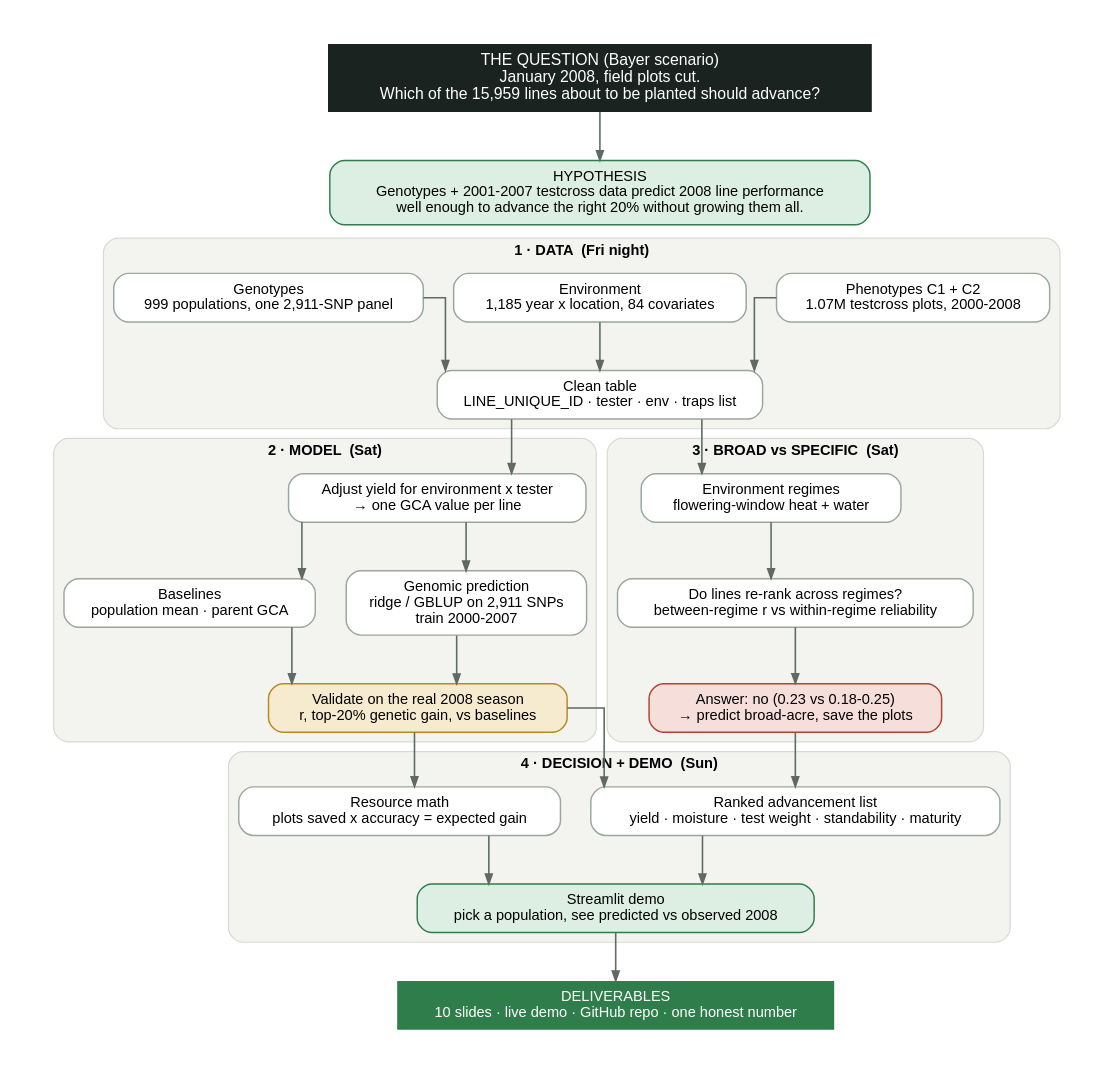
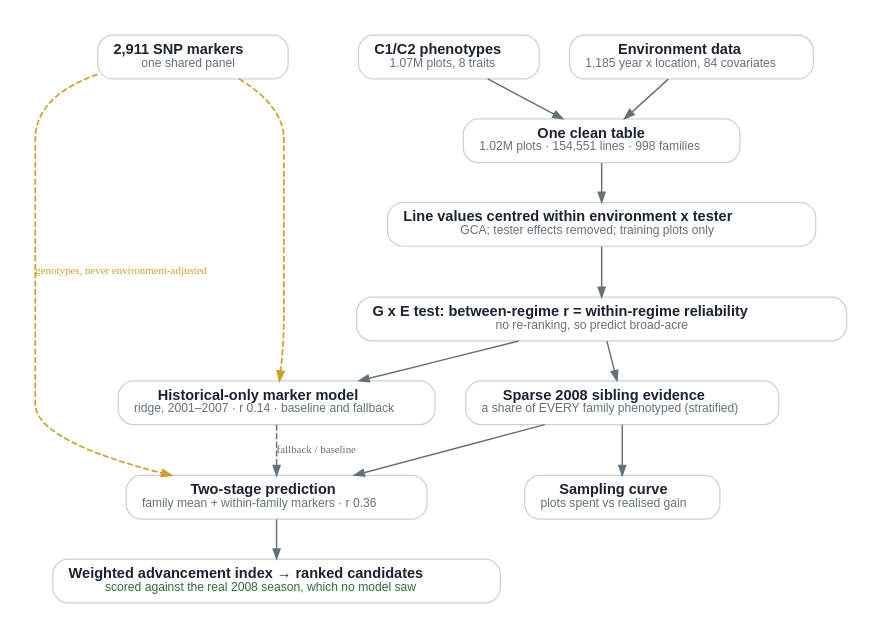
One commit to RushiLagad/breedforward-ai-ag-2026 changed the diagram in deck/workflow.dot. Above: the diagram before and after it, drawn with Graphviz. The commit also changed 32 other files, not shown here.

Commit message:
Review fixes: after-harvest framing, training-only centering, stratified sampling, yield trade-off recorded, demo matches Python, tests and CI

```diff
--- a/deck/workflow.dot
+++ b/deck/workflow.dot
@@ -1,52 +1,28 @@
+// BreedForward pipeline. Render: dot -Tpng -Gdpi=200 deck/workflow.dot -o deck/workflow.png
 digraph BreedForward {
-  graph [rankdir=TB, fontname="Helvetica", fontsize=13, bgcolor="white", pad=0.4, nodesep=0.35, ranksep=0.55, splines=ortho];
-  node  [shape=box, style="rounded,filled", fontname="Helvetica", fontsize=12, color="#9AA69E", fillcolor="white", penwidth=1.2, margin="0.18,0.10"];
-  edge  [color="#5F6A63", penwidth=1.3, arrowsize=0.8];
+  graph [rankdir=TB, fontname="Helvetica", bgcolor="white", pad=0.3, nodesep=0.35, ranksep=0.45, splines=spline];
+  node  [shape=box, style="rounded,filled", fontname="Helvetica", fontsize=12, color="#C9D2CC", fillcolor="white", fontcolor="#1B2230", margin="0.18,0.10"];
+  edge  [color="#64707A", arrowsize=0.8, penwidth=1.2];
 
-  Q [label="THE QUESTION (Bayer scenario)\nJanuary 2008, field plots cut.\nWhich of the 15,959 lines about to be planted should advance?", shape=box, style="filled", fillcolor="#1B2320", fontcolor="white", fontsize=13, penwidth=0];
-  H [label="HYPOTHESIS\nGenotypes + 2001-2007 testcross data predict 2008 line performance\nwell enough to advance the right 20% without growing them all.", fillcolor="#DCEFE2", color="#2F7D4B"];
+  ph  [label=<<b>C1/C2 phenotypes</b><br/><font point-size="10" color="#64707A">1.07M plots, 8 traits</font>>];
+  mk  [label=<<b>2,911 SNP markers</b><br/><font point-size="10" color="#64707A">one shared panel</font>>];
+  env [label=<<b>Environment data</b><br/><font point-size="10" color="#64707A">1,185 year x location, 84 covariates</font>>];
+  tab [label=<<b>One clean table</b><br/><font point-size="10" color="#64707A">1.02M plots · 154,551 lines · 998 families</font>>];
+  cen [label=<<b>Line values centred within environment x tester</b><br/><font point-size="10" color="#64707A">GCA; tester effects removed; training plots only</font>>];
+  gxe [label=<<b>G x E test: between-regime r = within-regime reliability</b><br/><font point-size="10" color="#64707A">no re-ranking, so predict broad-acre</font>>];
+  hist[label=<<b>Historical-only marker model</b><br/><font point-size="10" color="#64707A">ridge, 2001–2007 · r 0.14 · baseline and fallback</font>>];
+  sib [label=<<b>Sparse 2008 sibling evidence</b><br/><font point-size="10" color="#64707A">a share of EVERY family phenotyped (stratified)</font>>];
+  cur [label=<<b>Sampling curve</b><br/><font point-size="10" color="#64707A">plots spent vs realised gain</font>>];
+  two [label=<<b>Two-stage prediction</b><br/><font point-size="10" color="#64707A">family mean + within-family markers · r 0.36</font>>];
+  idx [label=<<b>Weighted advancement index → ranked candidates</b><br/><font point-size="10" color="#2E6B3A">scored against the real 2008 season, which no model saw</font>>];
 
-  subgraph cluster_data {
-    label="1 · DATA  (Fri night)"; fontname="Helvetica-Bold"; fontsize=12; color="#D7DBD2"; style="rounded"; bgcolor="#F3F4F0";
-    D1 [label="Phenotypes C1 + C2\n1.07M testcross plots, 2000-2008"];
-    D2 [label="Environment\n1,185 year x location, 84 covariates"];
-    D3 [label="Genotypes\n999 populations, one 2,911-SNP panel"];
-    B  [label="Clean table\nLINE_UNIQUE_ID · tester · env · traps list", fillcolor="#FFFFFF"];
-    D1 -> B; D2 -> B; D3 -> B;
-  }
-
-  subgraph cluster_model {
-    label="2 · MODEL  (Sat)"; fontname="Helvetica-Bold"; fontsize=12; color="#D7DBD2"; style="rounded"; bgcolor="#F3F4F0";
-    A  [label="Adjust yield for environment x tester\n→ one GCA value per line"];
-    M1 [label="Baselines\npopulation mean · parent GCA"];
-    M2 [label="Genomic prediction\nridge / GBLUP on 2,911 SNPs\ntrain 2000-2007"];
-    V  [label="Validate on the real 2008 season\nr, top-20% genetic gain, vs baselines", fillcolor="#F6EBCF", color="#B8891F"];
-    A -> M1; A -> M2; M1 -> V; M2 -> V;
-  }
-
-  subgraph cluster_gxe {
-    label="3 · BROAD vs SPECIFIC  (Sat)"; fontname="Helvetica-Bold"; fontsize=12; color="#D7DBD2"; style="rounded"; bgcolor="#F3F4F0";
-    G1 [label="Environment regimes\nflowering-window heat + water"];
-    G2 [label="Do lines re-rank across regimes?\nbetween-regime r vs within-regime reliability"];
-    G3 [label="Answer: no (0.23 vs 0.18-0.25)\n→ predict broad-acre, save the plots", fillcolor="#F6DFDA", color="#B2432F"];
-    G1 -> G2 -> G3;
-  }
-
-  subgraph cluster_decide {
-    label="4 · DECISION + DEMO  (Sun)"; fontname="Helvetica-Bold"; fontsize=12; color="#D7DBD2"; style="rounded"; bgcolor="#F3F4F0";
-    R1 [label="Ranked advancement list\nyield · moisture · test weight · standability · maturity"];
-    R2 [label="Resource math\nplots saved x accuracy = expected gain"];
-    R3 [label="Streamlit demo\npick a population, see predicted vs observed 2008", fillcolor="#DCEFE2", color="#2F7D4B"];
-    R1 -> R3; R2 -> R3;
-  }
-
-  Q -> H;
-  H -> D1 [style=invis]; H -> D2 [style=invis]; H -> D3 [style=invis];
-  B -> A;
-  B -> G1;
-  V -> R1; V -> R2;
-  G3 -> R1;
-
-  OUT [label="DELIVERABLES\n10 slides · live demo · GitHub repo · one honest number", shape=box, style="filled", fillcolor="#2F7D4B", fontcolor="white", penwidth=0];
-  R3 -> OUT;
+  {rank=same; ph; mk; env}
+  {rank=same; hist; sib}
+  {rank=same; two; cur}
+  ph -> tab; env -> tab; tab -> cen; cen -> gxe;
+  gxe -> hist; gxe -> sib; sib -> cur; sib -> two;
+  hist -> two [style=dashed, label=<<font point-size="9" color="#64707A"> fallback / baseline</font>>];
+  two -> idx;
+  mk -> hist [color="#C9A227", style=dashed, penwidth=1.4];
+  mk -> two  [color="#C9A227", style=dashed, penwidth=1.4, label=<<font point-size="9" color="#C9A227"> genotypes, never environment-adjusted</font>>];
 }
```
